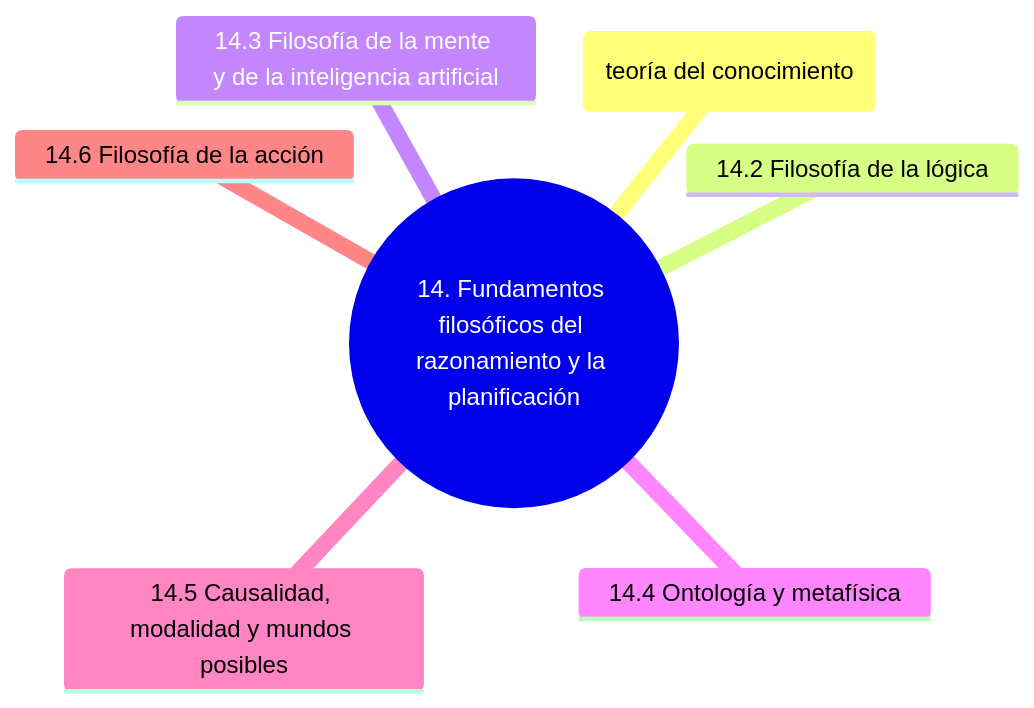
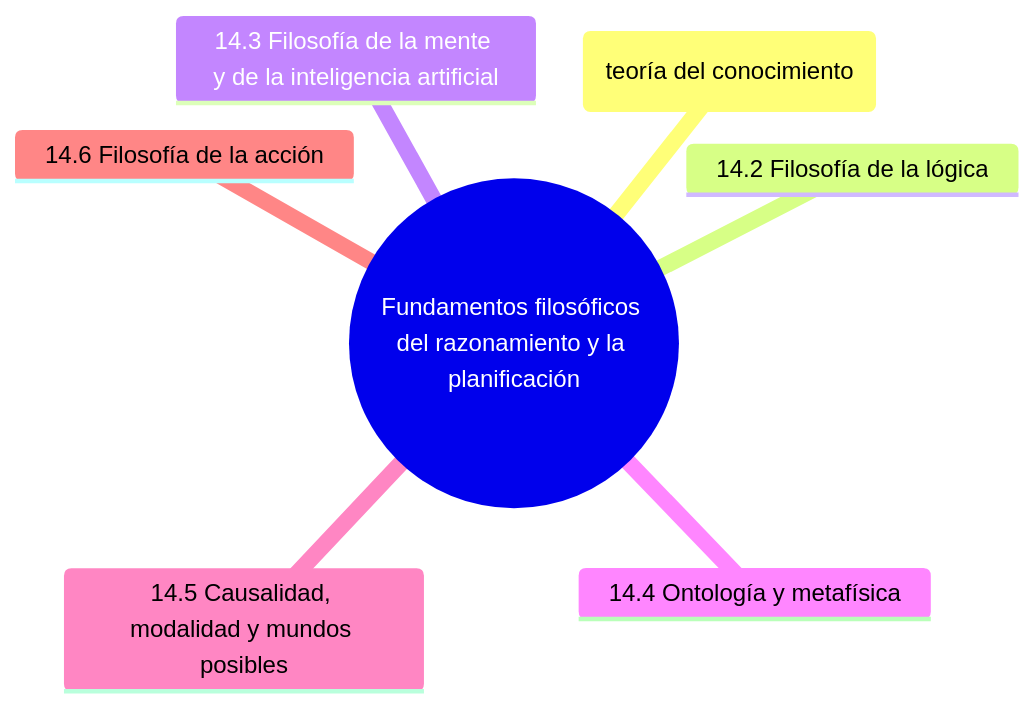
Diagram 14 of 17 in src/src/data/blog/2026/05/es/glosario-razonamiento-planificacion.mdx (rgglez/rgglez-website), drawn with Mermaid before and after one commit. The commit also changed other lines of this file and 42 other files, not shown here.

````diff
--- a/src/src/data/blog/2026/05/es/glosario-razonamiento-planificacion.mdx
+++ b/src/src/data/blog/2026/05/es/glosario-razonamiento-planificacion.mdx
@@ -1467,10 +1481,10 @@
 ```mermaid
 mindmap
-  root((14. Fundamentos filosóficos del razonamiento y la planificación))
+  root(("Fundamentos filosóficos del razonamiento y la planificación"))
     14.1 Epistemología (teoría del conocimiento)
     14.2 Filosofía de la lógica
     14.3 Filosofía de la mente y de la inteligencia artificial
     14.4 Ontología y metafísica
     14.5 Causalidad, modalidad y mundos posibles
     14.6 Filosofía de la acción
 ```
````
